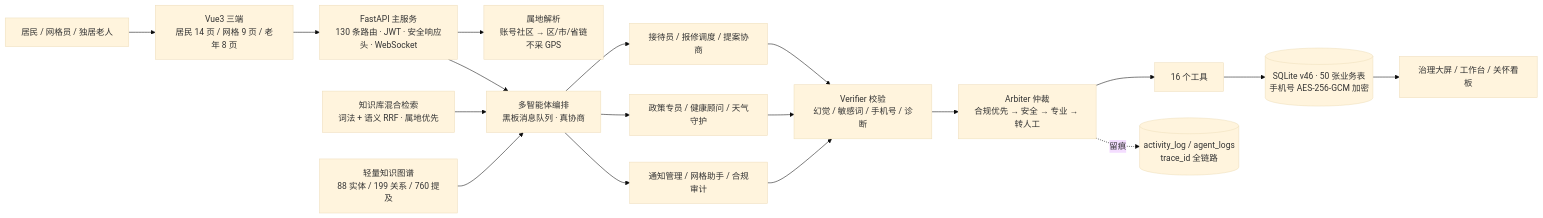
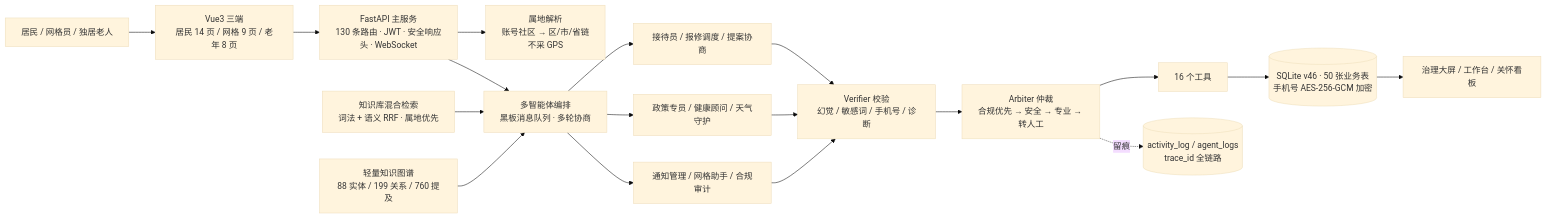
One commit to woshuofengsu/campus-insight-agent changed the diagram in docs/competition/创意说明书-提交版.md. Above: the diagram before and after it, drawn with Mermaid (base theme). The commit also changed other lines of this file and 10 other files, not shown here.

````diff
--- a/docs/competition/创意说明书-提交版.md
+++ b/docs/competition/创意说明书-提交版.md
@@ -112,18 +111,18 @@
 ```mermaid
 flowchart LR
     U[居民 / 网格员 / 独居老人] --> UI[Vue3 三端<br/>居民 14 页 / 网格 9 页 / 老年 8 页]
     UI --> API[FastAPI 主服务<br/>130 条路由 · JWT · 安全响应头 · WebSocket]
     API --> R[属地解析<br/>账号社区 → 区/市/省链<br/>不采 GPS]
-    API --> O[多智能体编排<br/>黑板消息队列 · 真协商]
+    API --> O[多智能体编排<br/>黑板消息队列 · 多轮协商]
     O --> A1[接待员 / 报修调度 / 提案协商]
     O --> A2[政策专员 / 健康顾问 / 天气守护]
     O --> A3[通知管理 / 网格助手 / 合规审计]
     A1 & A2 & A3 --> V[Verifier 校验<br/>幻觉 / 敏感词 / 手机号 / 诊断]
     V --> AR[Arbiter 仲裁<br/>合规优先 → 安全 → 专业 → 转人工]
     AR --> T[16 个工具]
     T --> DB[(SQLite v46 · 50 张业务表<br/>手机号 AES-256-GCM 加密)]
     KB[知识库混合检索<br/>词法 + 语义 RRF · 属地优先] --> O
     KG[轻量知识图谱<br/>88 实体 / 199 关系 / 760 提及] --> O
     DB --> S[治理大屏 / 工作台 / 关怀看板]
     AR -.留痕.-> LOG[(activity_log / agent_logs<br/>trace_id 全链路)]
 ```
````
